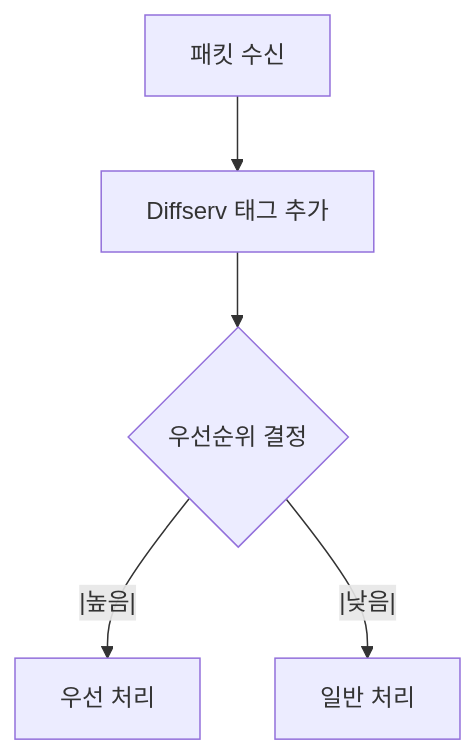
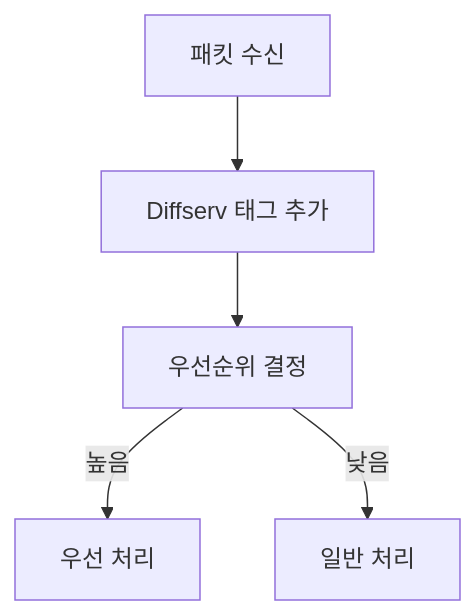
The ninth of 12 diagrams in content/post/2024/2024-10-17-networking-latency/index.md (42jerrykim/42jerrykim.github.io), drawn with Mermaid before and after one commit. The commit also changed other lines of this file and 239 other files, not shown here.

````diff
--- a/content/post/2024/2024-10-17-networking-latency/index.md
+++ b/content/post/2024/2024-10-17-networking-latency/index.md
@@ -466,7 +388,12 @@
 ```mermaid
-graph TD;
-    A[패킷 수신] --> B[Diffserv 태그 추가]
-    B --> C{우선순위 결정}
-    C --|높음|--> D[우선 처리]
-    C --|낮음|--> E[일반 처리]
+graph TD
+  Recv["패킷 수신"]
+  Tag["Diffserv 태그 추가"]
+  Decide["우선순위 결정"]
+  High["우선 처리"]
+  Normal["일반 처리"]
+  Recv --> Tag
+  Tag --> Decide
+  Decide -->|"높음"| High
+  Decide -->|"낮음"| Normal
 ```
````
